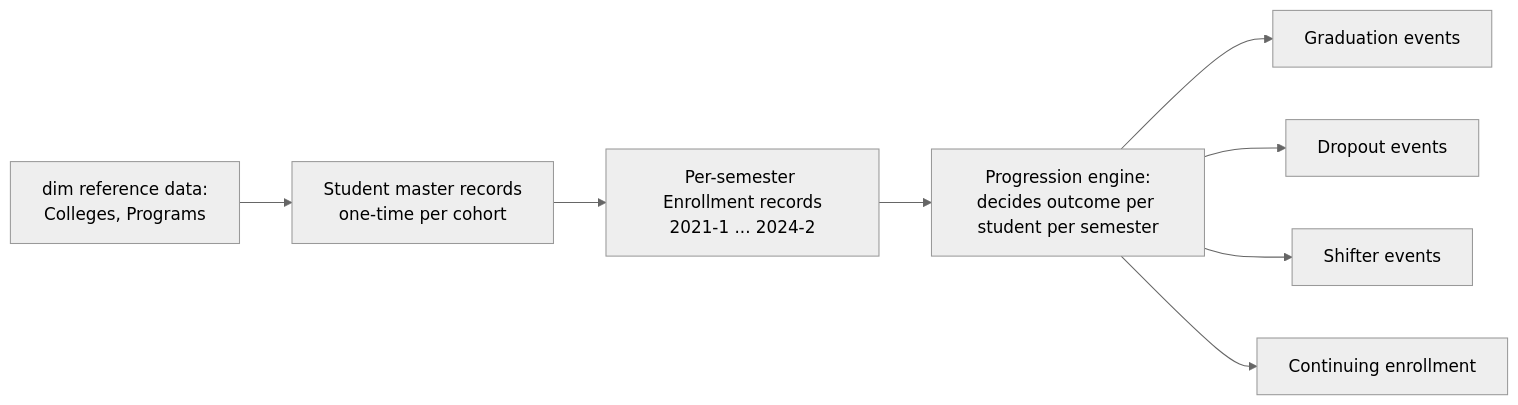
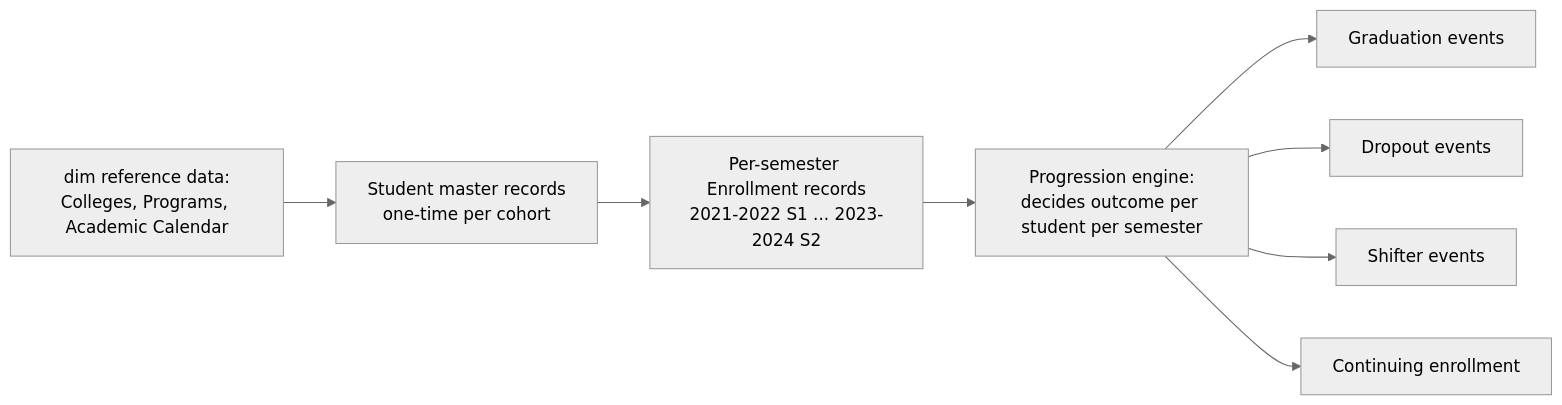
The diagram in docs/08_Faker_Data_Generator.md (DatAisen1/university-analytics-platform-capstone), drawn with Mermaid (neutral theme) before and after one commit. The commit also changed other lines of this file and 11 other files, not shown here.

````diff
--- a/docs/08_Faker_Data_Generator.md
+++ b/docs/08_Faker_Data_Generator.md
@@ -35,10 +39,10 @@
 ```mermaid
 flowchart LR
-    A[dim reference data:<br/>Colleges, Programs] --> B[Student master records<br/>one-time per cohort]
-    B --> C[Per-semester Enrollment records<br/>2021-1 ... 2024-2]
+    A[dim reference data:<br/>Colleges, Programs, Academic Calendar] --> B[Student master records<br/>one-time per cohort]
+    B --> C[Per-semester Enrollment records<br/>2021-2022 S1 ... 2023-2024 S2]
     C --> D[Progression engine:<br/>decides outcome per student per semester]
     D --> E1[Graduation events]
     D --> E2[Dropout events]
     D --> E3[Shifter events]
     D --> E4[Continuing enrollment]
 ```
````
